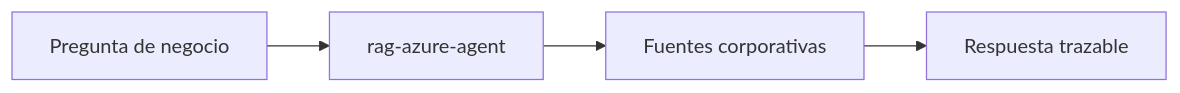
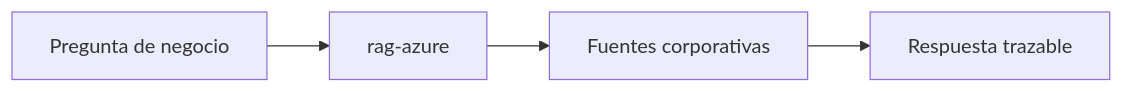
The diagram in examples/use-cases/azure-rag-corporate-docs.md (Sertxito/mcp-efficiency-engine), drawn with Mermaid before and after one commit. The commit also changed other lines of this file and 51 other files, not shown here.

````diff
--- a/examples/use-cases/azure-rag-corporate-docs.md
+++ b/examples/use-cases/azure-rag-corporate-docs.md
@@ -26,6 +26,6 @@
 ```mermaid
 flowchart LR
-  Q[Pregunta de negocio] --> RAG[rag-azure-agent]
+  Q[Pregunta de negocio] --> RAG[rag-azure]
   RAG --> SRC[Fuentes corporativas]
   SRC --> A[Respuesta trazable]
 ```
````
